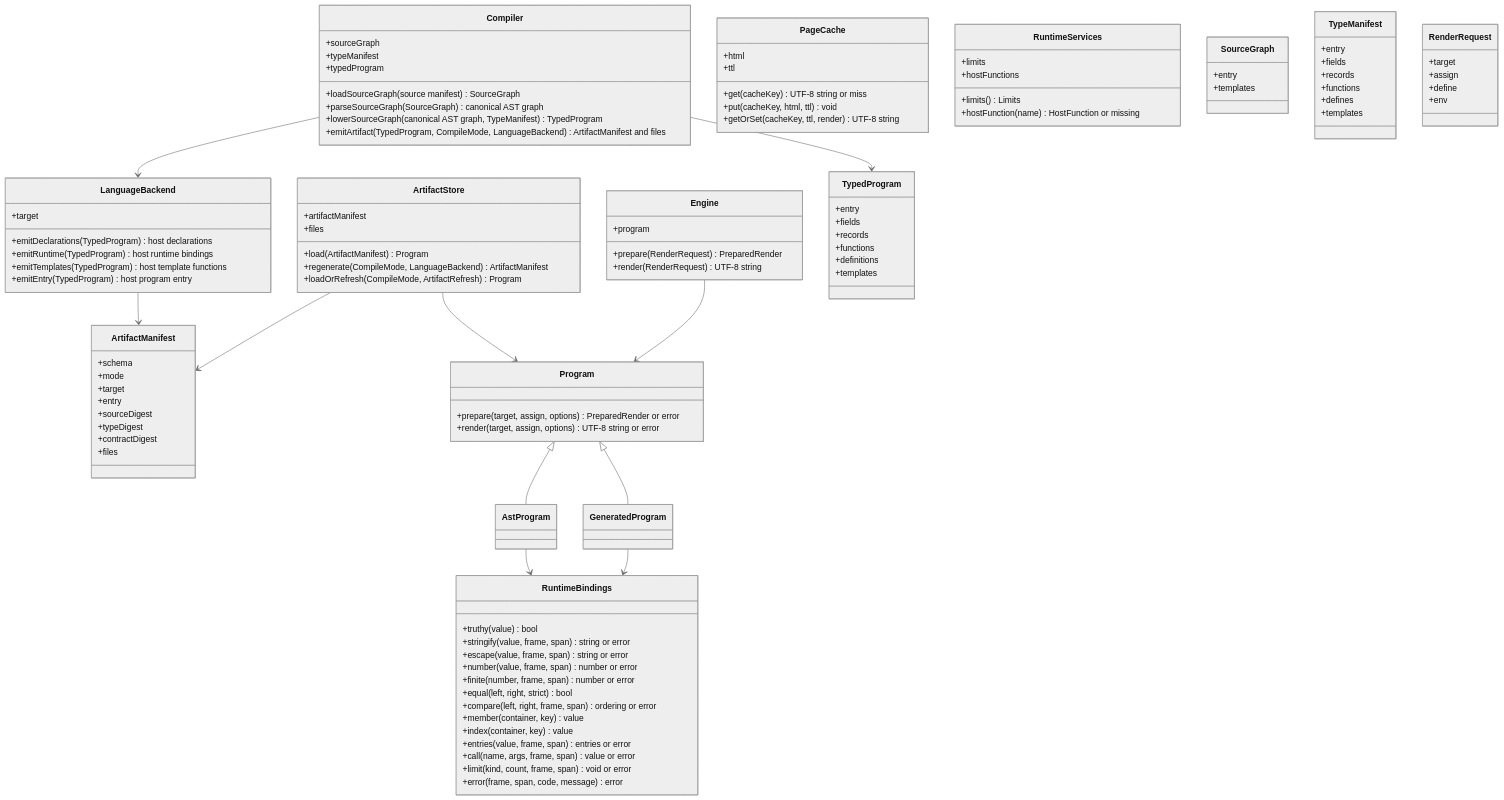
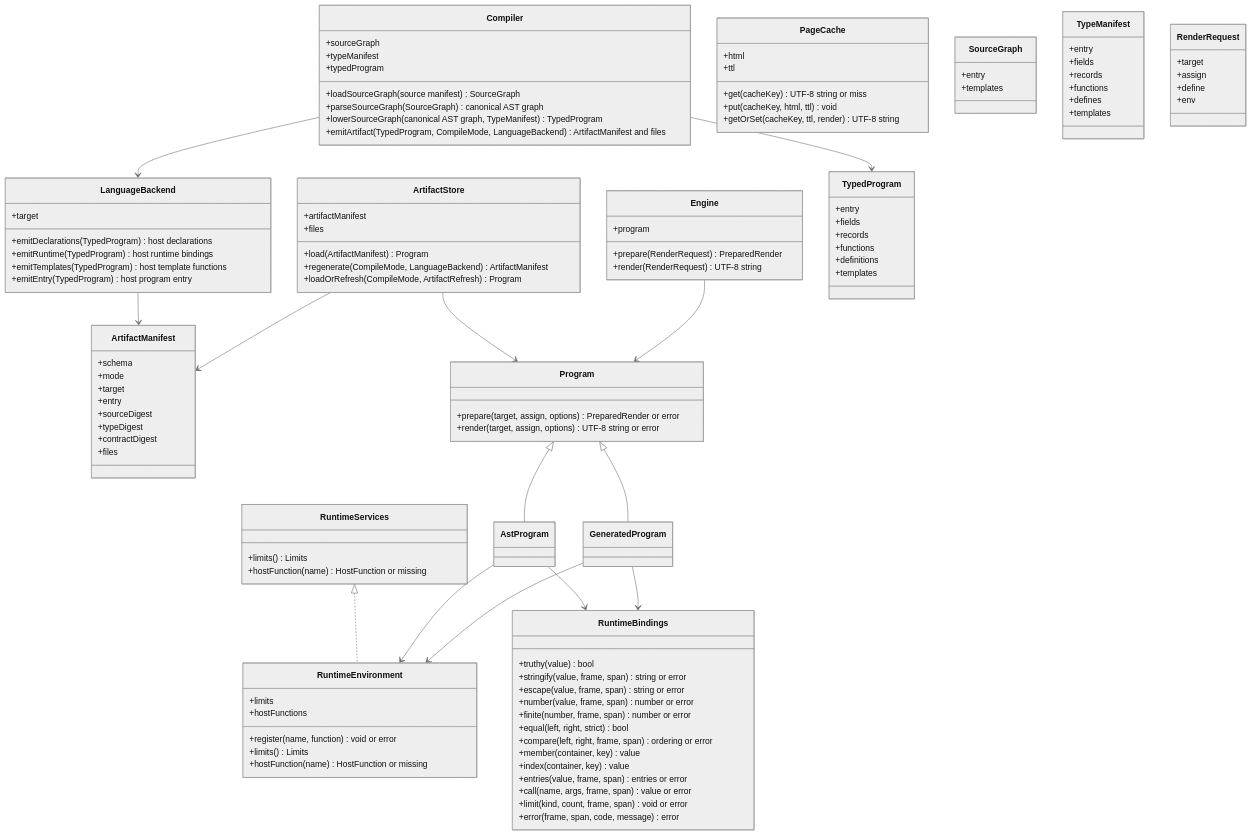
One commit to polyspec/template changed the diagram in tools/compiler/generated/compiler-classes.mmd. Above: the diagram before and after it, drawn with Mermaid (neutral theme). The commit also changed 48 other files, not shown here.

```diff
--- a/tools/compiler/generated/compiler-classes.mmd
+++ b/tools/compiler/generated/compiler-classes.mmd
@@ -1,109 +1,117 @@
 classDiagram
   class Compiler {
     +sourceGraph
     +typeManifest
     +typedProgram
     +loadSourceGraph(source manifest) SourceGraph
     +parseSourceGraph(SourceGraph) canonical AST graph
     +lowerSourceGraph(canonical AST graph, TypeManifest) TypedProgram
     +emitArtifact(TypedProgram, CompileMode, LanguageBackend) ArtifactManifest and files
   }
   class LanguageBackend {
     +target
     +emitDeclarations(TypedProgram) host declarations
     +emitRuntime(TypedProgram) host runtime bindings
     +emitTemplates(TypedProgram) host template functions
     +emitEntry(TypedProgram) host program entry
   }
   class ArtifactStore {
     +artifactManifest
     +files
     +load(ArtifactManifest) Program
     +regenerate(CompileMode, LanguageBackend) ArtifactManifest
     +loadOrRefresh(CompileMode, ArtifactRefresh) Program
   }
   class Engine {
     +program
     +prepare(RenderRequest) PreparedRender
     +render(RenderRequest) UTF-8 string
   }
   class PageCache {
     +html
     +ttl
     +get(cacheKey) UTF-8 string or miss
     +put(cacheKey, html, ttl) void
     +getOrSet(cacheKey, ttl, render) UTF-8 string
   }
-  class RuntimeServices {
+  class RuntimeEnvironment {
     +limits
     +hostFunctions
+    +register(name, function) void or error
     +limits() Limits
     +hostFunction(name) HostFunction or missing
   }
   class SourceGraph {
     +entry
     +templates
   }
   class TypeManifest {
     +entry
     +fields
     +records
     +functions
     +defines
     +templates
   }
   class TypedProgram {
     +entry
     +fields
     +records
     +functions
     +definitions
     +templates
   }
   class ArtifactManifest {
     +schema
     +mode
     +target
     +entry
     +sourceDigest
     +typeDigest
     +contractDigest
     +files
   }
   class RenderRequest {
     +target
     +assign
     +define
     +env
   }
   class Program {
     +prepare(target, assign, options) PreparedRender or error
     +render(target, assign, options) UTF-8 string or error
   }
   class AstProgram
   class GeneratedProgram
   class RuntimeBindings {
     +truthy(value) bool
     +stringify(value, frame, span) string or error
     +escape(value, frame, span) string or error
     +number(value, frame, span) number or error
     +finite(number, frame, span) number or error
     +equal(left, right, strict) bool
     +compare(left, right, frame, span) ordering or error
     +member(container, key) value
     +index(container, key) value
     +entries(value, frame, span) entries or error
     +call(name, args, frame, span) value or error
     +limit(kind, count, frame, span) void or error
     +error(frame, span, code, message) error
   }
+  class RuntimeServices {
+    +limits() Limits
+    +hostFunction(name) HostFunction or missing
+  }
   Program <|-- AstProgram
   Program <|-- GeneratedProgram
   Compiler --> TypedProgram
   Compiler --> LanguageBackend
   LanguageBackend --> ArtifactManifest
   ArtifactStore --> ArtifactManifest
   ArtifactStore --> Program
   Engine --> Program
+  RuntimeServices <|.. RuntimeEnvironment
+  AstProgram --> RuntimeEnvironment
+  GeneratedProgram --> RuntimeEnvironment
   AstProgram --> RuntimeBindings
   GeneratedProgram --> RuntimeBindings
```
